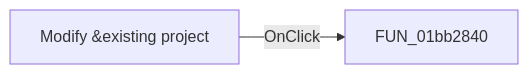
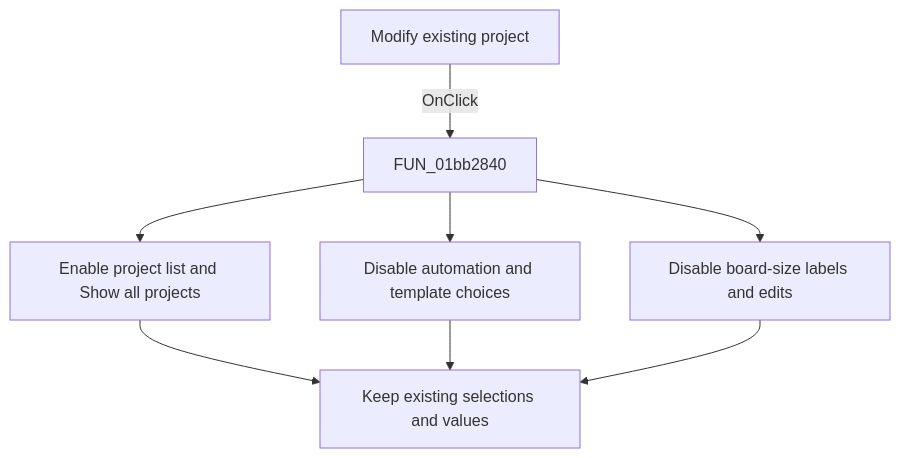
The diagram in docs/ui-controls/pcbwizard/rbopenproject-463a8f4b49.md (MovGP0/TIARA), drawn with Mermaid before and after one commit. The commit also changed other lines of this file and 1062 other files, not shown here.

````diff
--- a/docs/ui-controls/pcbwizard/rbopenproject-463a8f4b49.md
+++ b/docs/ui-controls/pcbwizard/rbopenproject-463a8f4b49.md
@@ -27,4 +36,10 @@
 ```mermaid
-flowchart LR
-    control["Modify &existing project"] -->|OnClick| handler["FUN_01bb2840"]
+flowchart TD
+    control["Modify existing project"] -->|OnClick| handler["FUN_01bb2840"]
+    handler --> project["Enable project list and Show all projects"]
+    handler --> options["Disable automation and template choices"]
+    handler --> dimensions["Disable board-size labels and edits"]
+    project --> unchanged["Keep existing selections and values"]
+    options --> unchanged
+    dimensions --> unchanged
 ```
````
